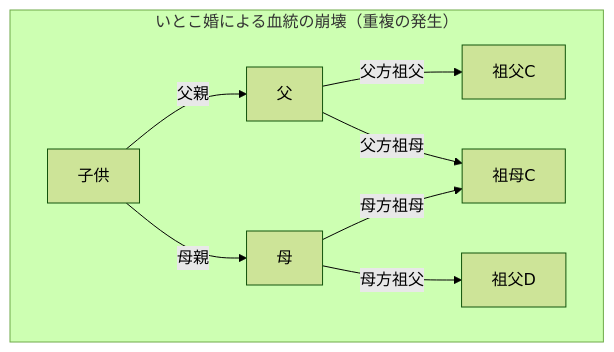
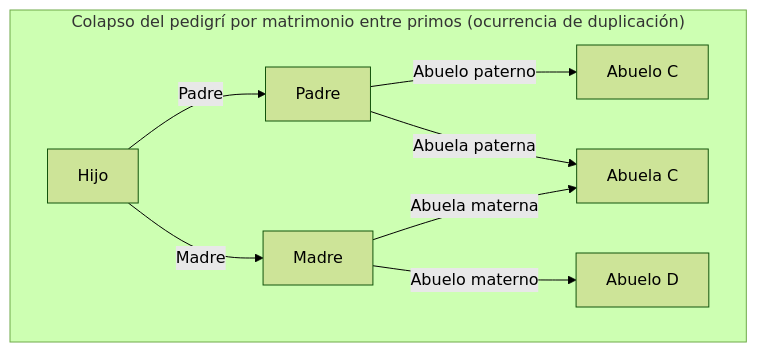
One commit to kenjinote/blog changed the second of 3 diagrams in content/post/pedigree-collapse/index.es.md. Above: the diagram before and after it, drawn with Mermaid (forest theme). The commit also changed other lines of this file and 28 other files, not shown here.

Commit message:
Translate Japanese text inside Mermaid diagrams to respective languages

````diff
--- a/content/post/pedigree-collapse/index.es.md
+++ b/content/post/pedigree-collapse/index.es.md
@@ -64,11 +64,11 @@
 ```mermaid
 graph TD
-    subgraph "いとこ婚による血統の崩壊（重複の発生）"
-        A2["子供"] -->|"父親"| B3["父"]
-        A2 -->|"母親"| B4["母"]
-        B3 -->|"父方祖父"| C5["祖父C"]
-        B3 -->|"父方祖母"| C6["祖母C"]
-        B4 -->|"母方祖父"| C7["祖父D"]
-        B4 -->|"母方祖母"| C6
+    subgraph "Colapso del pedigrí por matrimonio entre primos (ocurrencia de duplicación)"
+        A2["Hijo"] -->|"Padre"| B3["Padre"]
+        A2 -->|"Madre"| B4["Madre"]
+        B3 -->|"Abuelo paterno"| C5["Abuelo C"]
+        B3 -->|"Abuela paterna"| C6["Abuela C"]
+        B4 -->|"Abuelo materno"| C7["Abuelo D"]
+        B4 -->|"Abuela materna"| C6
     end
 ```
````
